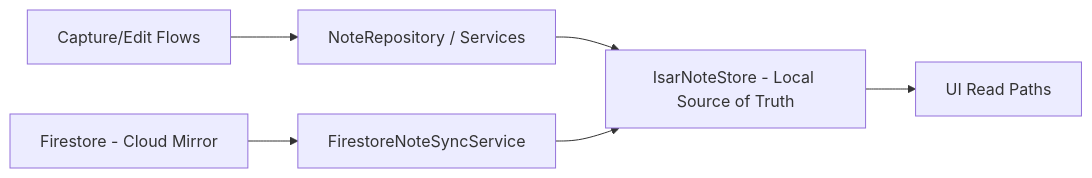
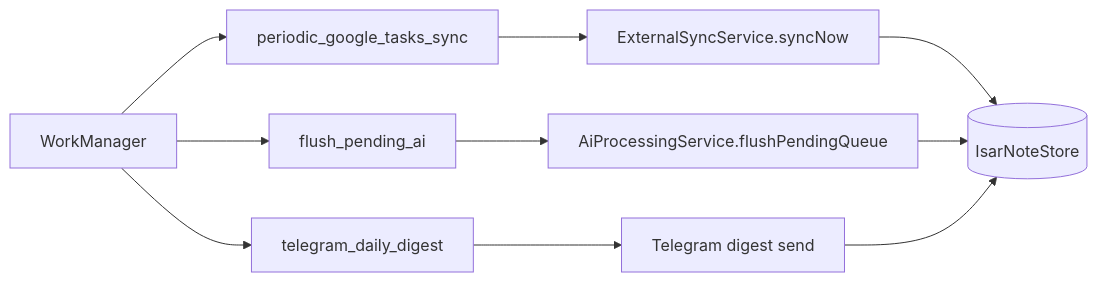
Diagram 11 of 14 in ARCHITECTURE.md (Adarshv0524/wishperlog), drawn with Mermaid before and after one commit. The commit also changed other lines of this file and 15 other files, not shown here.

Commit message:
Consolidate architecture docs

````diff
--- a/ARCHITECTURE.md
+++ b/ARCHITECTURE.md
@@ -115,8 +458,12 @@
 ```mermaid
-graph LR
-  UI[Capture/Edit Flows] --> Repo[NoteRepository / Services]
-  Repo --> Isar[IsarNoteStore - Local Source of Truth]
-  Firestore[Firestore - Cloud Mirror] --> FireSync[FirestoreNoteSyncService]
-  FireSync --> Isar
-  Isar --> Reads[UI Read Paths]
+flowchart LR
+  WM[WorkManager] --> P[periodic_google_tasks_sync]
+  WM --> F[flush_pending_ai]
+  WM --> T[telegram_daily_digest]
+  P --> Ext[ExternalSyncService.syncNow]
+  F --> AI[AiProcessingService.flushPendingQueue]
+  T --> Tel[Telegram digest send]
+  Ext --> Store[(IsarNoteStore)]
+  AI --> Store
+  Tel --> Store
 ```
````
